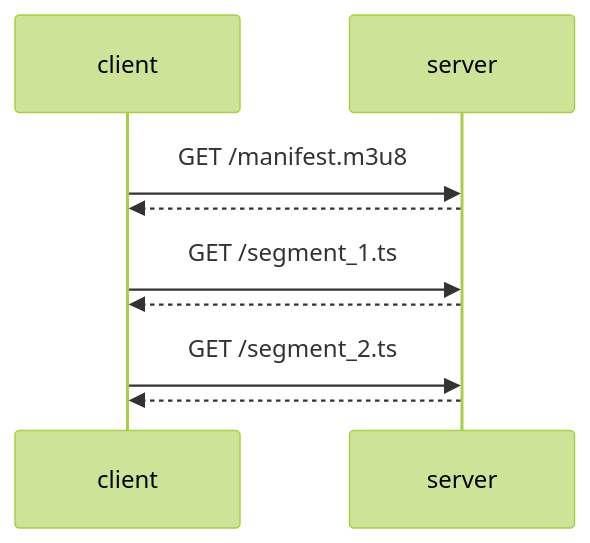
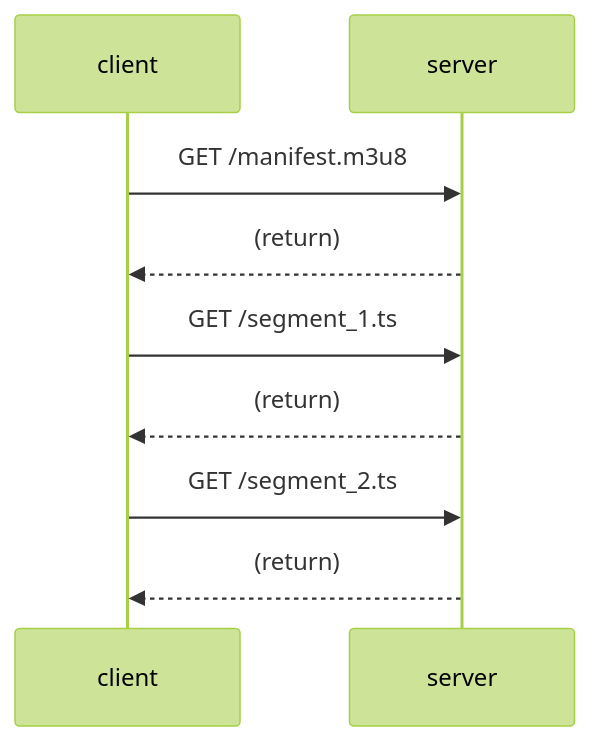
The diagram in README.md (tlehman/hls-client-cpp), drawn with Mermaid (forest theme) before and after one commit.

Commit message:
fix diagram AGAIN

````diff
--- a/README.md
+++ b/README.md
@@ -28,11 +28,11 @@
 ```mermaid
 
 sequenceDiagram
     client->>server: GET /manifest.m3u8
-    server-->>client:
+    server-->>client: (return)
     client->>server: GET /segment_1.ts
-    server-->>client:
+    server-->>client: (return)
     client->>server: GET /segment_2.ts
-    server-->>client:
+    server-->>client: (return)
 
 ```
````
